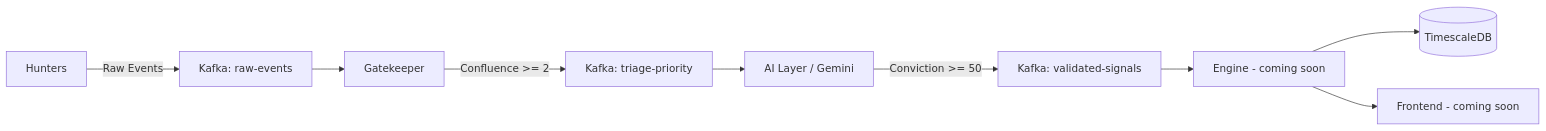
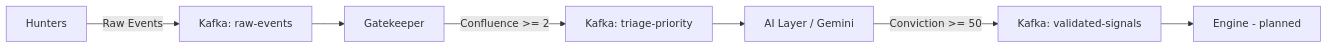
One commit to Alesiobarquin/catalyst changed the diagram in README.md. Above: the diagram before and after it, drawn with Mermaid. The commit also changed other lines of this file and 6 other files, not shown here.

````diff
--- a/README.md
+++ b/README.md
@@ -20,11 +29,9 @@
 ```mermaid
 graph LR
     H[Hunters] -->|Raw Events| K[Kafka: raw-events]
     K --> G[Gatekeeper]
     G -->|Confluence >= 2| T[Kafka: triage-priority]
     T --> A[AI Layer / Gemini]
     A -->|Conviction >= 50| V[Kafka: validated-signals]
-    V --> E[Engine - coming soon]
-    E --> D[(TimescaleDB)]
-    E --> F[Frontend - coming soon]
+    V --> E[Engine - planned]
 ```
````
